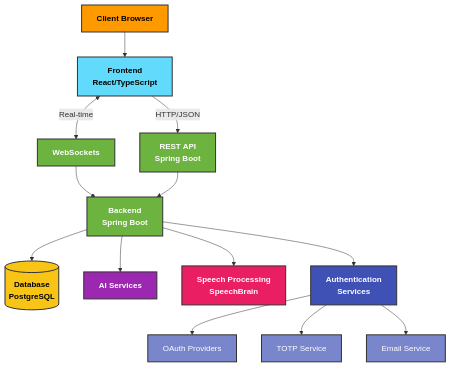
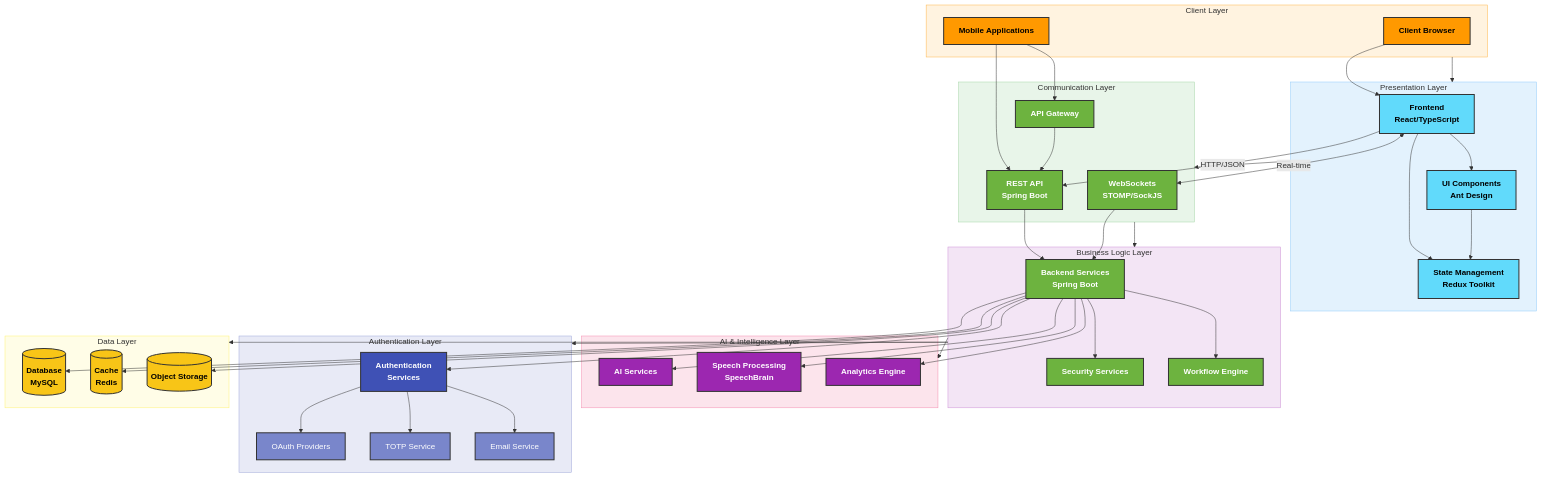
Before and after one commit to TuPhung369/Haaga_Backend_Programming: the second of 4 diagrams in TuPhung_Docs/docs/intro.md, drawn with Mermaid. The commit also changed other lines of this file and 5 other files, not shown here.

````diff
--- a/TuPhung_Docs/docs/intro.md
+++ b/TuPhung_Docs/docs/intro.md
@@ -60,57 +147,115 @@
 ```mermaid
-graph TD
-  %% Styles and colors
-  classDef client fill:#FF9900,stroke:#333,stroke-width:2px,color:#000,font-weight:bold
-  classDef frontend fill:#61DAFB,stroke:#333,stroke-width:2px,color:#000,font-weight:bold
-  classDef api fill:#6DB33F,stroke:#333,stroke-width:2px,color:#fff,font-weight:bold
-  classDef backend fill:#6DB33F,stroke:#333,stroke-width:2px,color:#fff,font-weight:bold
-  classDef database fill:#F8C517,stroke:#333,stroke-width:2px,color:#000,font-weight:bold
-  classDef ai fill:#9C27B0,stroke:#333,stroke-width:2px,color:#fff,font-weight:bold
-  classDef speech fill:#E91E63,stroke:#333,stroke-width:2px,color:#fff,font-weight:bold
-  classDef auth fill:#3F51B5,stroke:#333,stroke-width:2px,color:#fff,font-weight:bold
-  classDef oauth fill:#7986CB,stroke:#333,stroke-width:2px,color:#fff
-  classDef totp fill:#7986CB,stroke:#333,stroke-width:2px,color:#fff
-  classDef email fill:#7986CB,stroke:#333,stroke-width:2px,color:#fff
+flowchart TD
+    %% Styling
+    classDef client fill:#FF9900,stroke:#333,stroke-width:2px,color:#000,font-weight:bold
+    classDef frontend fill:#61DAFB,stroke:#333,stroke-width:2px,color:#000,font-weight:bold
+    classDef api fill:#6DB33F,stroke:#333,stroke-width:2px,color:#fff,font-weight:bold
+    classDef backend fill:#6DB33F,stroke:#333,stroke-width:2px,color:#fff,font-weight:bold
+    classDef database fill:#F8C517,stroke:#333,stroke-width:2px,color:#000,font-weight:bold
+    classDef ai fill:#9C27B0,stroke:#333,stroke-width:2px,color:#fff,font-weight:bold
+    classDef speech fill:#E91E63,stroke:#333,stroke-width:2px,color:#fff,font-weight:bold
+    classDef auth fill:#3F51B5,stroke:#333,stroke-width:2px,color:#fff,font-weight:bold
+    classDef oauth fill:#7986CB,stroke:#333,stroke-width:2px,color:#fff
+    classDef totp fill:#7986CB,stroke:#333,stroke-width:2px,color:#fff
+    classDef email fill:#7986CB,stroke:#333,stroke-width:2px,color:#fff
 
-  %% Nodes
-  Client[<span style='font-size:16px'>Client Browser</span>]
-  FE[<span style='font-size:16px'>Frontend<br/>React/TypeScript</span>]
-  API[<span style='font-size:16px'>REST API<br/>Spring Boot</span>]
-  WS[<span style='font-size:16px'>WebSockets</span>]
-  BE[<span style='font-size:16px'>Backend<br/>Spring Boot</span>]
-  DB[(<span style='font-size:16px'>Database<br/>PostgreSQL</span>)]
-  AI[<span style='font-size:16px'>AI Services</span>]
-  Speech[<span style='font-size:16px'>Speech Processing<br/>SpeechBrain</span>]
-  Auth[<span style='font-size:16px'>Authentication<br/>Services</span>]
-  OAuth[<span style='font-size:16px'>OAuth Providers</span>]
-  TOTP[<span style='font-size:16px'>TOTP Service</span>]
-  Email[<span style='font-size:16px'>Email Service</span>]
+    %% Main components
+    subgraph ClientLayer["Client Layer"]
+        Client[Client Browser]
+        Mobile[Mobile Applications]
+    end
 
-  %% Connections
-  Client --> FE
-  FE -- "HTTP/JSON" --> API
-  FE <--> |"Real-time"| WS
-  WS --> BE
-  API --> BE
-  BE --> DB
-  BE --> AI
-  BE --> Speech
-  BE --> Auth
-  Auth --> OAuth
-  Auth --> TOTP
-  Auth --> Email
+    subgraph PresentationLayer["Presentation Layer"]
+        FE[Frontend<br/>React/TypeScript]
+        UI[UI Components<br/>Ant Design]
+        State[State Management<br/>Redux Toolkit]
+    end
 
-  %% Apply styles
-  class Client client
-  class FE frontend
-  class API api
-  class WS api
-  class BE backend
-  class DB database
-  class AI ai
-  class Speech speech
-  class Auth auth
-  class OAuth oauth
-  class TOTP totp
-  class Email email
+    subgraph CommunicationLayer["Communication Layer"]
+        API[REST API<br/>Spring Boot]
+        WS[WebSockets<br/>STOMP/SockJS]
+        Gateway[API Gateway]
+    end
+
+    subgraph BusinessLayer["Business Logic Layer"]
+        BE[Backend Services<br/>Spring Boot]
+        Security[Security Services]
+        Workflow[Workflow Engine]
+    end
+
+    subgraph AILayer["AI & Intelligence Layer"]
+        AI[AI Services]
+        Speech[Speech Processing<br/>SpeechBrain]
+        Analytics[Analytics Engine]
+    end
+
+    subgraph AuthLayer["Authentication Layer"]
+        Auth[Authentication<br/>Services]
+        OAuth[OAuth Providers]
+        TOTP[TOTP Service]
+        Email[Email Service]
+    end
+
+    subgraph DataLayer["Data Layer"]
+        DB[(Database<br/>MySQL)]
+        Cache[(Cache<br/>Redis)]
+        Storage[(Object Storage)]
+    end
+
+    %% Connections
+    ClientLayer --> PresentationLayer
+    PresentationLayer --> CommunicationLayer
+    CommunicationLayer --> BusinessLayer
+    BusinessLayer --> AILayer
+    BusinessLayer --> AuthLayer
+    BusinessLayer --> DataLayer
+
+    %% Detailed connections
+    Client --> FE
+    Mobile --> API
+    FE --> UI
+    FE --> State
+    UI --> State
+
+    FE -- "HTTP/JSON" --> API
+    FE <--> |"Real-time"| WS
+    Mobile --> Gateway
+    Gateway --> API
+
+    API --> BE
+    WS --> BE
+    BE --> Security
+    BE --> Workflow
+
+    BE --> AI
+    BE --> Speech
+    BE --> Analytics
+
+    BE --> Auth
+    Auth --> OAuth
+    Auth --> TOTP
+    Auth --> Email
+
+    BE --> DB
+    BE --> Cache
+    BE --> Storage
+
+    %% Apply styles
+    class Client,Mobile client
+    class FE,UI,State frontend
+    class API,WS,Gateway api
+    class BE,Security,Workflow backend
+    class DB,Cache,Storage database
+    class AI,Speech,Analytics ai
+    class Auth auth
+    class OAuth,TOTP,Email oauth
+
+    %% Styling for subgraphs
+    style ClientLayer fill:#FFF3E0,stroke:#FFB74D,stroke-width:1px
+    style PresentationLayer fill:#E3F2FD,stroke:#90CAF9,stroke-width:1px
+    style CommunicationLayer fill:#E8F5E9,stroke:#A5D6A7,stroke-width:1px
+    style BusinessLayer fill:#F3E5F5,stroke:#CE93D8,stroke-width:1px
+    style AILayer fill:#FCE4EC,stroke:#F48FB1,stroke-width:1px
+    style AuthLayer fill:#E8EAF6,stroke:#9FA8DA,stroke-width:1px
+    style DataLayer fill:#FFFDE7,stroke:#FFF176,stroke-width:1px
 ```
````
